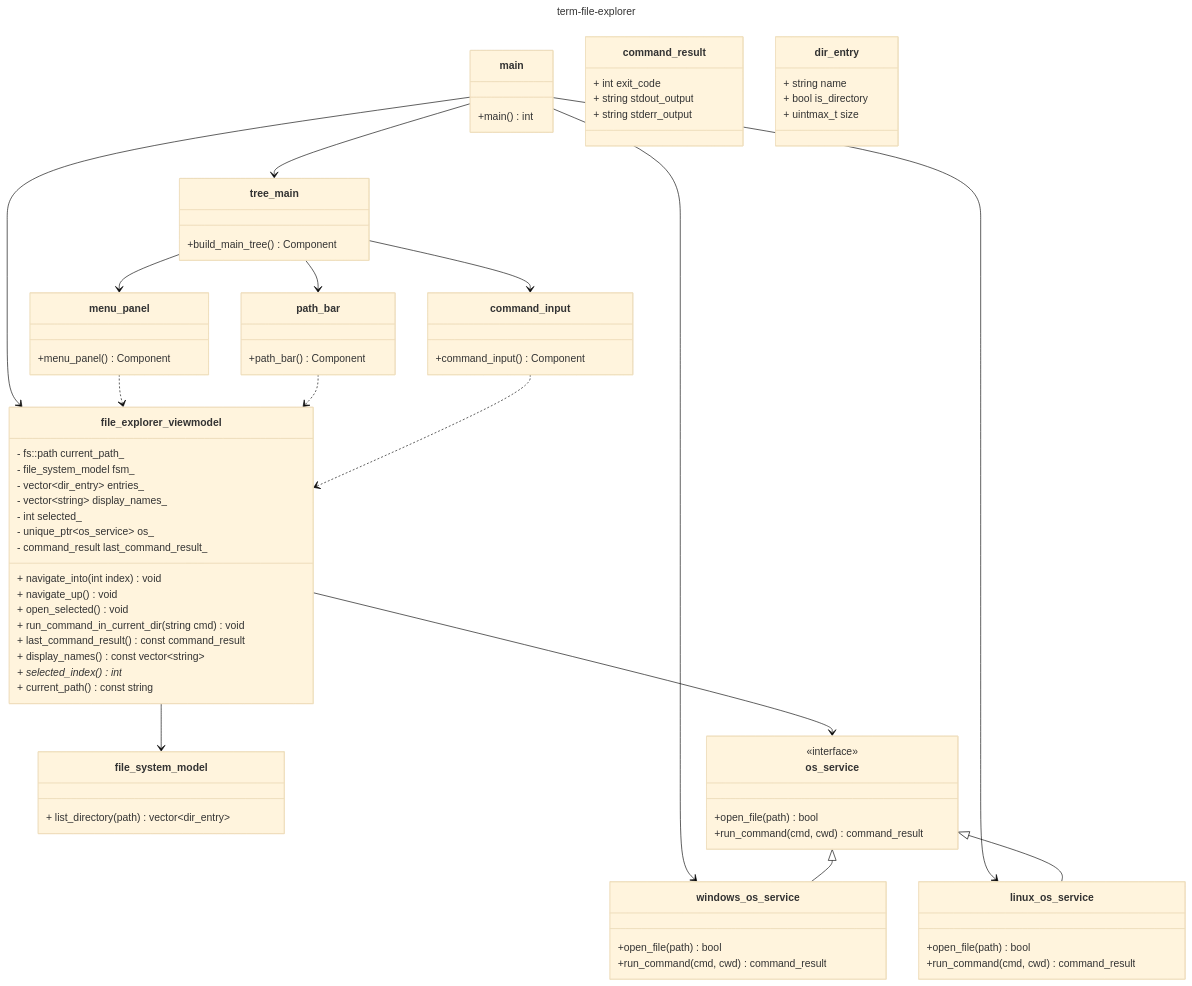
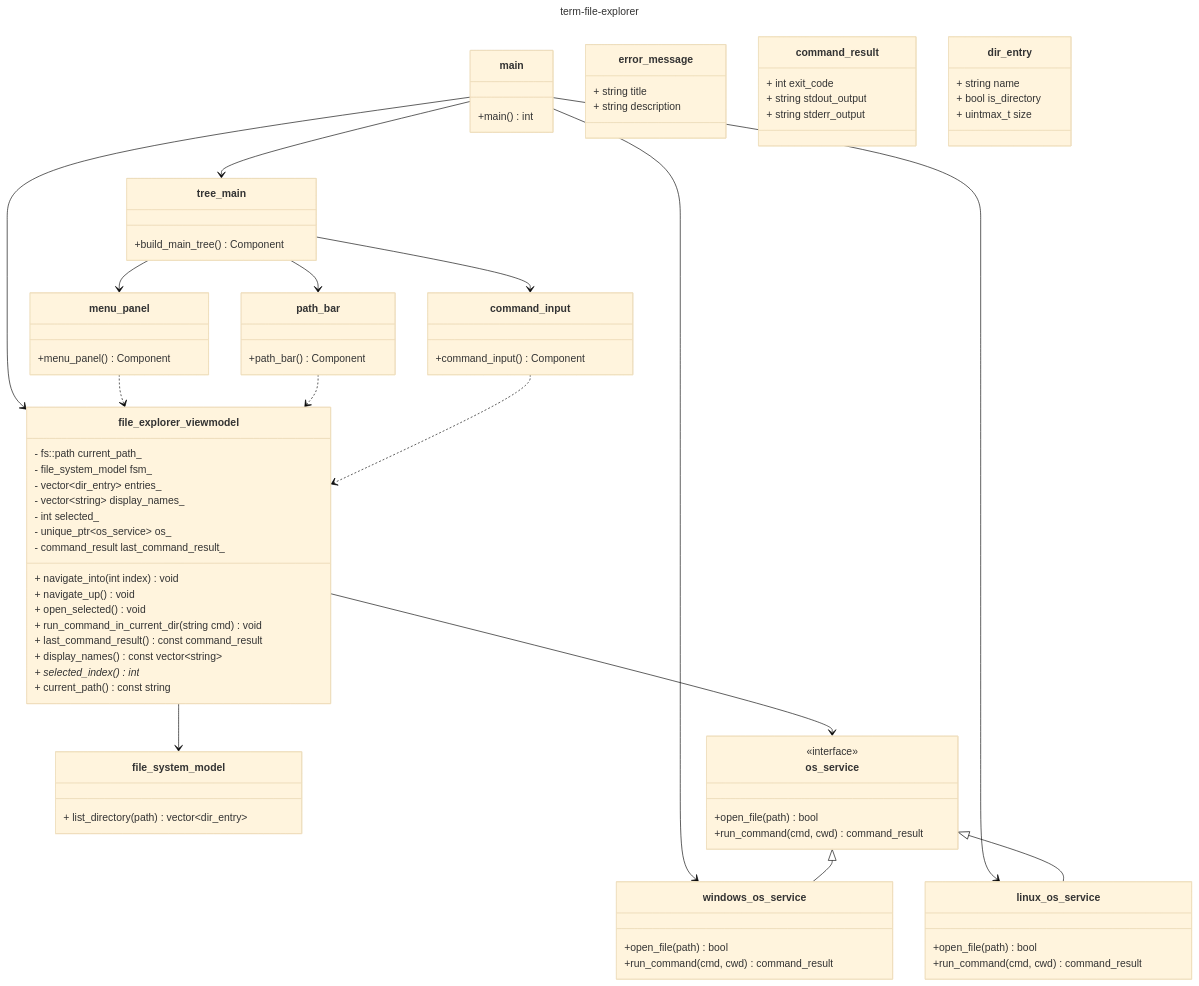
One commit to 45inertia/term-file-explorer changed the first of 5 diagrams in docs/architecture.md. Above: the diagram before and after it, drawn with Mermaid (base theme). The commit also changed other lines of this file and 1 other file, not shown here.

Commit message:
docs: architecture update

```diff
--- a/docs/architecture.md
+++ b/docs/architecture.md
@@ -23,6 +23,10 @@
     main --> windows_os_service
     main --> linux_os_service
     main --> tree_main
+    class error_message {
+        + string title
+        + string description
+    }
     class command_result {
       + int exit_code
       + string stdout_output
```
